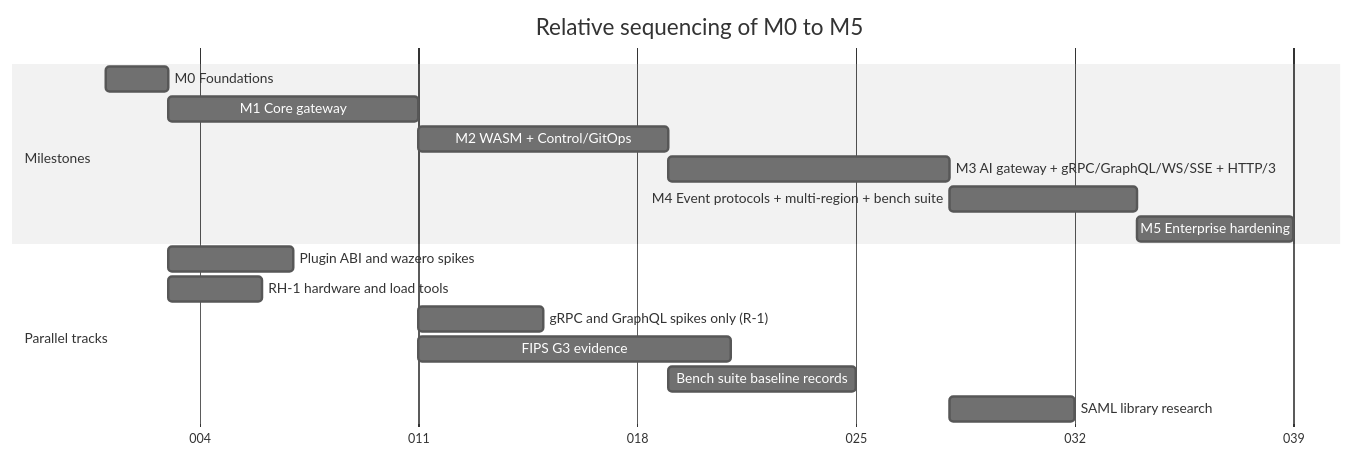
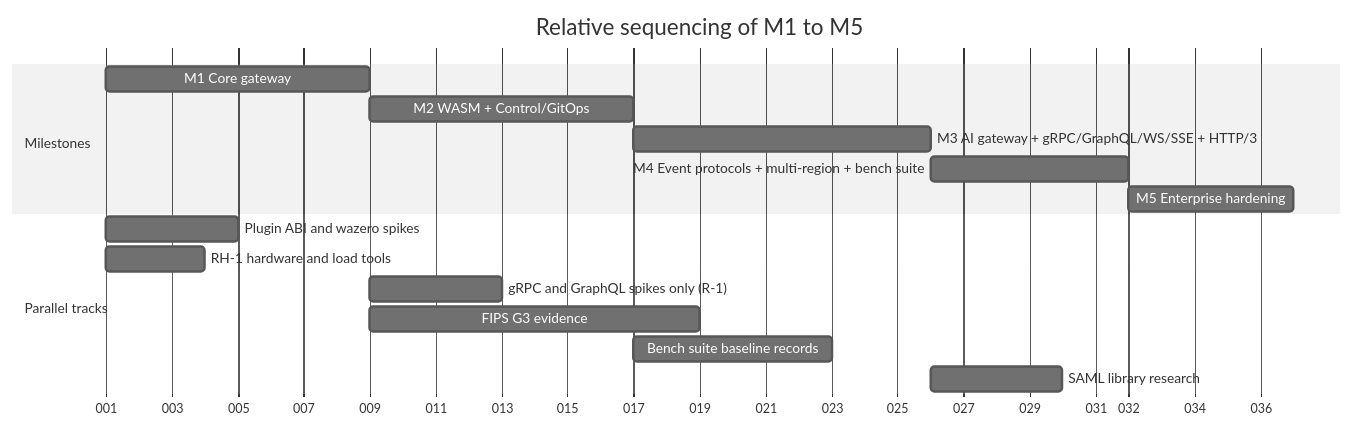
Before and after one commit to ravindu-rev/ruralz: the diagram in docs/roadmap/01-roadmap-and-milestones.md, drawn with Mermaid (neutral theme). The commit also changed other lines of this file and 5552 other files, not shown here.

First line of the commit message:
feat: build milestone M1 core gateway through the release workflows (#3)

````diff
--- a/docs/roadmap/01-roadmap-and-milestones.md
+++ b/docs/roadmap/01-roadmap-and-milestones.md
@@ -218,21 +170,20 @@
 ```mermaid
 gantt
-    title Relative sequencing of M0 to M5
+    title Relative sequencing of M1 to M5
     dateFormat X
     axisFormat %j
     todayMarker off
     section Milestones
-    M0 Foundations                                  :m0, 0, 2d
-    M1 Core gateway                                 :m1, after m0, 8d
+    M1 Core gateway                                 :m1, 0, 8d
     M2 WASM + Control/GitOps                        :m2, after m1, 8d
     M3 AI gateway + gRPC/GraphQL/WS/SSE + HTTP/3    :m3, after m2, 9d
     M4 Event protocols + multi-region + bench suite :m4, after m3, 6d
     M5 Enterprise hardening                         :m5, after m4, 5d
     section Parallel tracks
-    Plugin ABI and wazero spikes                    :t1, after m0, 4d
-    RH-1 hardware and load tools                    :t2, after m0, 3d
+    Plugin ABI and wazero spikes                    :t1, 0, 4d
+    RH-1 hardware and load tools                    :t2, 0, 3d
     gRPC and GraphQL spikes only (R-1)              :t3, after m1, 4d
     FIPS G3 evidence                                :t4, after m1, 10d
     Bench suite baseline records                    :t5, after m2, 6d
     SAML library research                           :t6, after m3, 4d
 ```
````
